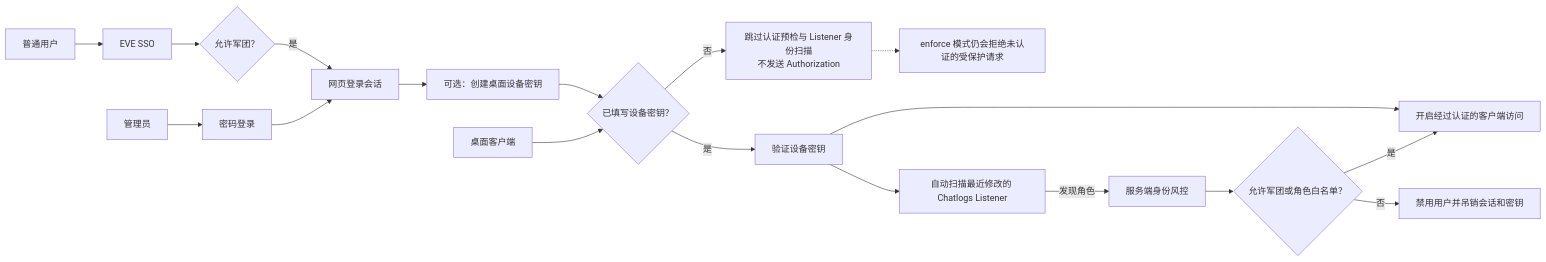
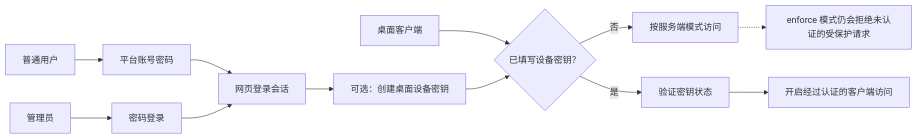
The third of 3 diagrams in client/README.md (xiaqijun/eve-sentry), drawn with Mermaid before and after one commit. The commit also changed other lines of this file and 90 other files, not shown here.

````diff
--- a/client/README.md
+++ b/client/README.md
@@ -74,22 +74,16 @@
 ```mermaid
 flowchart LR
-    member["普通用户"] --> sso["EVE SSO"]
-    sso --> corp{"允许军团？"}
-    corp -->|"是"| session["网页登录会话"]
+    member["普通用户"] --> password["平台账号密码"]
+    password --> session["网页登录会话"]
 
-    admin["管理员"] --> password["密码登录"]
-    password --> session
+    admin["管理员"] --> admin_password["密码登录"]
+    admin_password --> session
 
     session --> key["可选：创建桌面设备密钥"]
     client["桌面客户端"] --> configured{"已填写设备密钥？"}
-    configured -->|"否"| anonymous["跳过认证预检与 Listener 身份扫描<br/>不发送 Authorization"]
-    configured -->|"是"| keycheck["验证设备密钥"]
+    configured -->|"否"| anonymous["按服务端模式访问"]
+    configured -->|"是"| keycheck["验证密钥状态"]
     key --> configured
     keycheck --> access["开启经过认证的客户端访问"]
-    keycheck --> listener["自动扫描最近修改的 Chatlogs Listener"]
-    listener -->|"发现角色"| check["服务端身份风控"]
-    check --> rule{"允许军团或角色白名单？"}
-    rule -->|"是"| access
-    rule -->|"否"| revoke["禁用用户并吊销会话和密钥"]
     anonymous -.-> policy["enforce 模式仍会拒绝未认证的受保护请求"]
 ```
````
